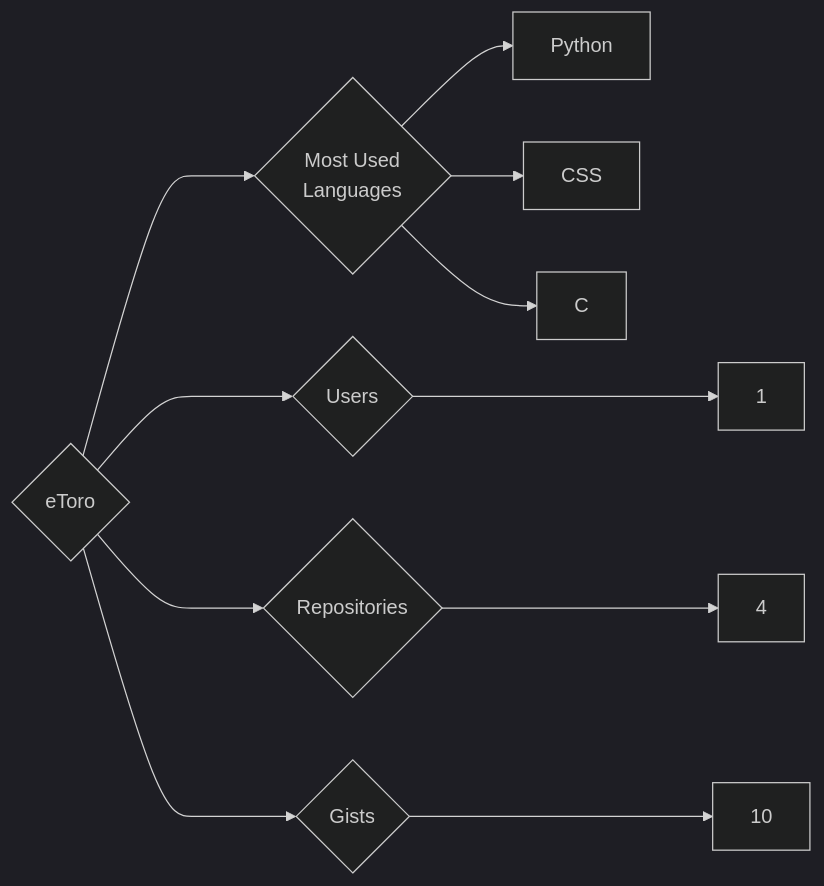
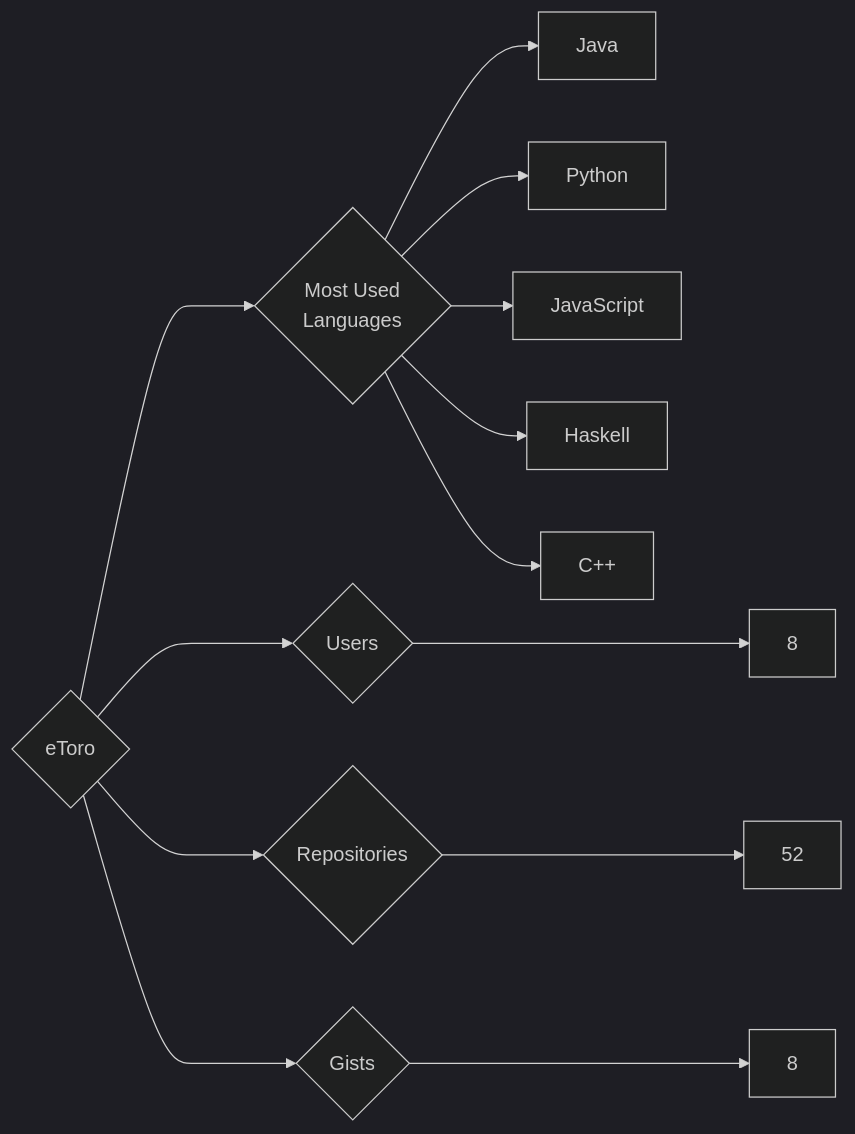
One commit to trickest/insiders changed the diagram in targets/eToro/README.md. Above: the diagram before and after it, drawn with Mermaid (dark theme). The commit also changed 806 other files, not shown here.

````diff
--- a/targets/eToro/README.md
+++ b/targets/eToro/README.md
@@ -3,11 +3,13 @@
 ```mermaid
 graph LR
 COMPANY_NAME{eToro}
-COMPANY_NAME ---> U{Users} ---> UN[1]
-COMPANY_NAME ---> R{Repositories} ---> RN[4]
-COMPANY_NAME ---> G{Gists} ---> GN[10]
+COMPANY_NAME ---> U{Users} ---> UN[8]
+COMPANY_NAME ---> R{Repositories} ---> RN[52]
+COMPANY_NAME ---> G{Gists} ---> GN[8]
 COMPANY_NAME ---> ML{Most Used<br>Languages}
+ML --> Java[Java]
 ML --> Python[Python]
-ML --> CSS[CSS]
-ML --> C[C]
+ML --> JavaScript[JavaScript]
+ML --> Haskell[Haskell]
+ML --> C++[C++]
 ```
````
